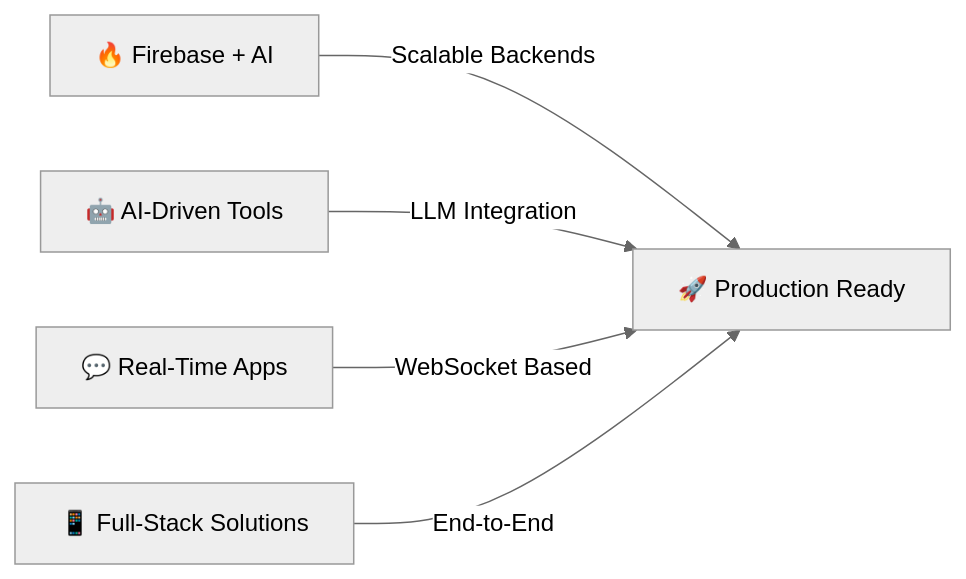
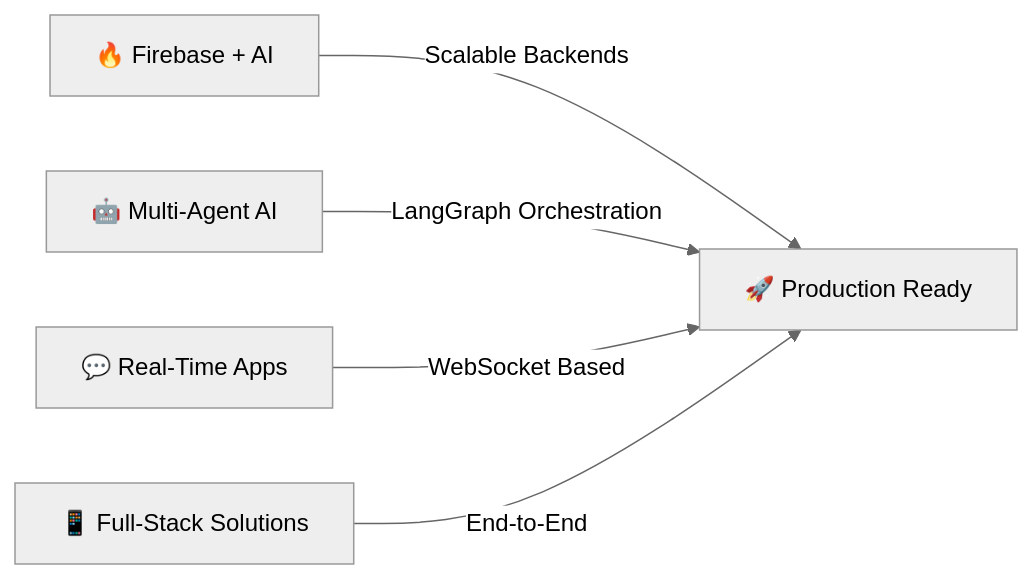
One commit to MaheshRaghava/MaheshRaghava changed the diagram in README.md. Above: the diagram before and after it, drawn with Mermaid (neutral theme). The commit also changed other lines of this file, not shown here.

````diff
--- a/README.md
+++ b/README.md
@@ -285,7 +345,7 @@
   ```mermaid
   graph LR
       A[🔥 Firebase + AI] -->|Scalable Backends| E[🚀 Production Ready]
-      B[🤖 AI-Driven Tools] -->|LLM Integration| E
+      B[🤖 Multi-Agent AI] -->|LangGraph Orchestration| E
       C[💬 Real-Time Apps] -->|WebSocket Based| E
       D[📱 Full-Stack Solutions] -->|End-to-End| E
   ```
````
